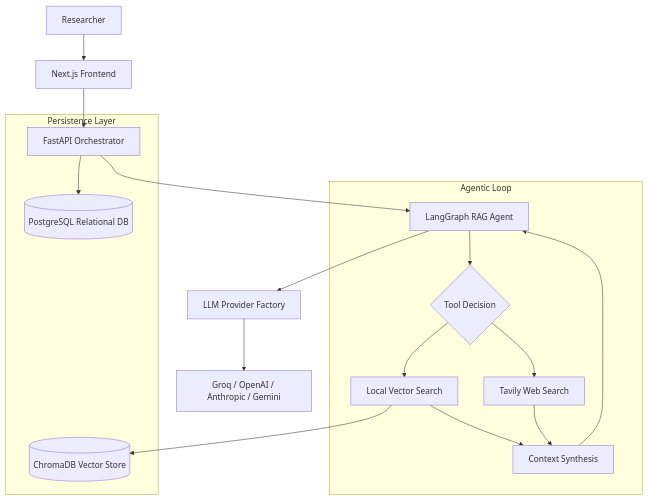
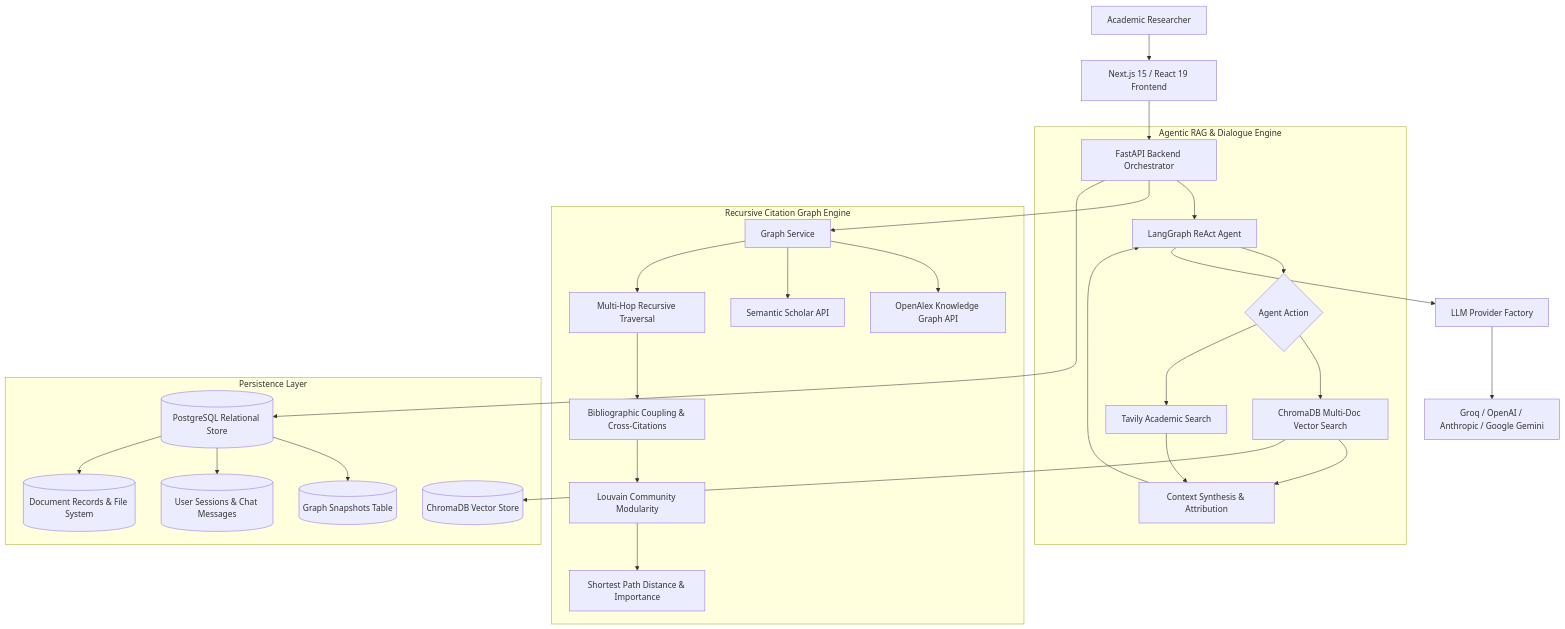
The diagram in README.md (Shreyas8905/resector), drawn with Mermaid before and after one commit. The commit also changed other lines of this file and 2 other files, not shown here.

````diff
--- a/README.md
+++ b/README.md
@@ -13,25 +15,36 @@
 ```mermaid
+graph TD
+    Researcher[Academic Researcher] --> Frontend[Next.js 15 / React 19 Frontend]
+    Frontend --> API[FastAPI Backend Orchestrator]
+    
+    subgraph "Agentic RAG & Dialogue Engine"
+        API --> Agent[LangGraph ReAct Agent]
+        Agent --> Decision{Agent Action}
+        Decision --> VectorQuery[ChromaDB Multi-Doc Vector Search]
+        Decision --> WebSearch[Tavily Academic Search]
+        VectorQuery --> ContextSynthesis[Context Synthesis & Attribution]
+        WebSearch --> ContextSynthesis
+        ContextSynthesis --> Agent
+    end
 
-graph TD
-    User[Researcher] --> Frontend[Next.js Frontend]
-    Frontend --> API[FastAPI Orchestrator]
-    API --> Agent[LangGraph RAG Agent]
-    
-    subgraph "Agentic Loop"
-        Agent --> ToolDecision{Tool Decision}
-        ToolDecision --> LocalRAG[Local Vector Search]
-        ToolDecision --> WebSearch[Tavily Web Search]
-        LocalRAG --> Synthesis[Context Synthesis]
-        WebSearch --> Synthesis
-        Synthesis --> Agent
+    subgraph "Recursive Citation Graph Engine"
+        API --> GraphEngine[Graph Service]
+        GraphEngine --> OpenAlexAPI[OpenAlex Knowledge Graph API]
+        GraphEngine --> S2API[Semantic Scholar API]
+        GraphEngine --> Traversal[Multi-Hop Recursive Traversal]
+        Traversal --> Coupling[Bibliographic Coupling & Cross-Citations]
+        Coupling --> CommunityDetect[Louvain Community Modularity]
+        CommunityDetect --> DistanceMetrics[Shortest Path Distance & Importance]
     end
-    
+
     subgraph "Persistence Layer"
-        LocalRAG --> ChromaDB[(ChromaDB Vector Store)]
-        API --> Postgres[(PostgreSQL Relational DB)]
+        VectorQuery --> ChromaDB[(ChromaDB Vector Store)]
+        API --> Postgres[(PostgreSQL Relational Store)]
+        Postgres --> Snapshots[(Graph Snapshots Table)]
+        Postgres --> Sessions[(User Sessions & Chat Messages)]
+        Postgres --> DocMetadata[(Document Records & File System)]
     end
-    
-    Agent --> LLM[LLM Provider Factory]
-    LLM --> Providers[Groq / OpenAI / Anthropic / Gemini]
 
+    Agent --> ProviderFactory[LLM Provider Factory]
+    ProviderFactory --> Providers[Groq / OpenAI / Anthropic / Google Gemini]
 ```
````
